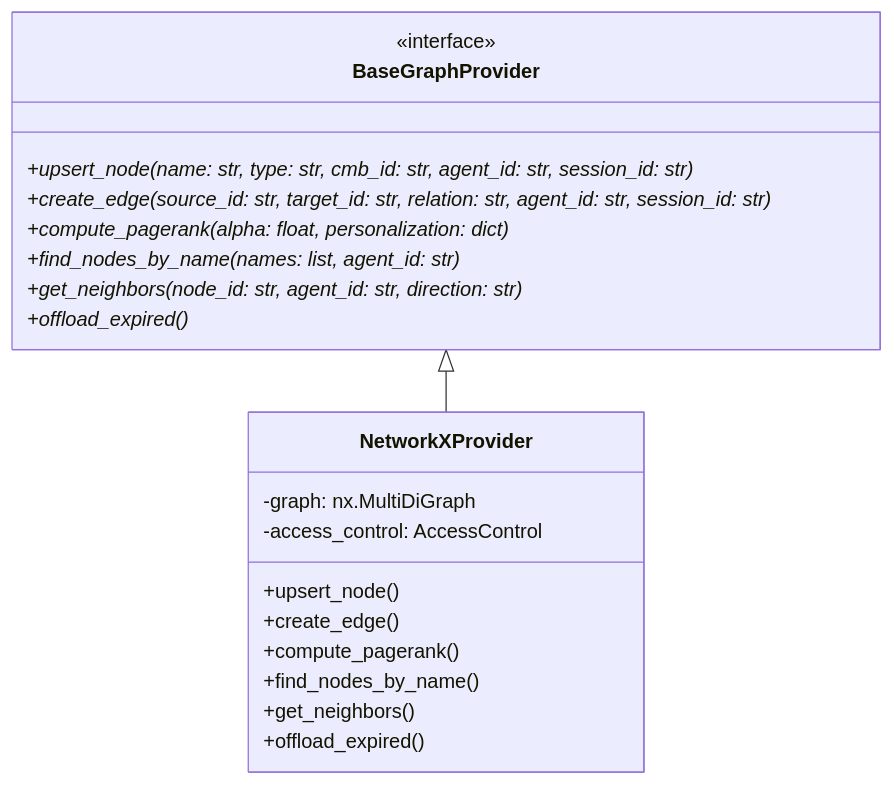
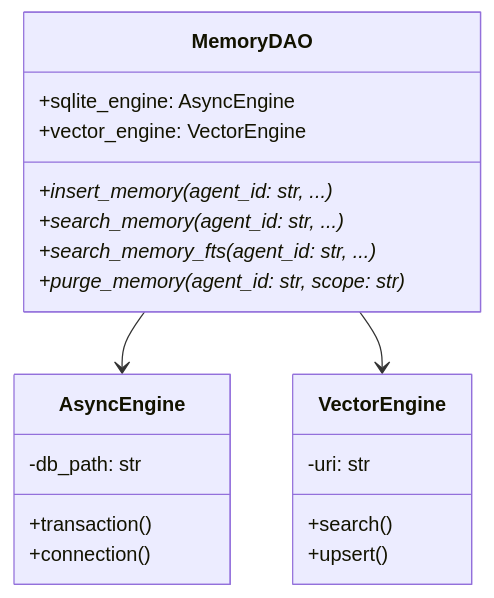
One commit to Yasou13/MESA changed the first of 5 diagrams in ARCHITECTURE.md. Above: the diagram before and after it, drawn with Mermaid. The commit also changed other lines of this file and 18 other files, not shown here.

````diff
--- a/ARCHITECTURE.md
+++ b/ARCHITECTURE.md
@@ -20,25 +20,26 @@
 ```mermaid
 classDiagram
-    class BaseGraphProvider {
-        <<interface>>
-        +upsert_node(name: str, type: str, cmb_id: str, agent_id: str, session_id: str)*
-        +create_edge(source_id: str, target_id: str, relation: str, agent_id: str, session_id: str)*
-        +compute_pagerank(alpha: float, personalization: dict)*
-        +find_nodes_by_name(names: list, agent_id: str)*
-        +get_neighbors(node_id: str, agent_id: str, direction: str)*
-        +offload_expired()*
+    class MemoryDAO {
+        +sqlite_engine: AsyncEngine
+        +vector_engine: VectorEngine
+        +insert_memory(agent_id: str, ...)*
+        +search_memory(agent_id: str, ...)*
+        +search_memory_fts(agent_id: str, ...)*
+        +purge_memory(agent_id: str, scope: str)*
     }
 
-    class NetworkXProvider {
-        -graph: nx.MultiDiGraph
-        -access_control: AccessControl
-        +upsert_node()
-        +create_edge()
-        +compute_pagerank()
-        +find_nodes_by_name()
-        +get_neighbors()
-        +offload_expired()
+    class AsyncEngine {
+        -db_path: str
+        +transaction()
+        +connection()
     }
 
-    BaseGraphProvider <|-- NetworkXProvider
+    class VectorEngine {
+        -uri: str
+        +search()
+        +upsert()
+    }
+
+    MemoryDAO --> AsyncEngine
+    MemoryDAO --> VectorEngine
 ```
````
